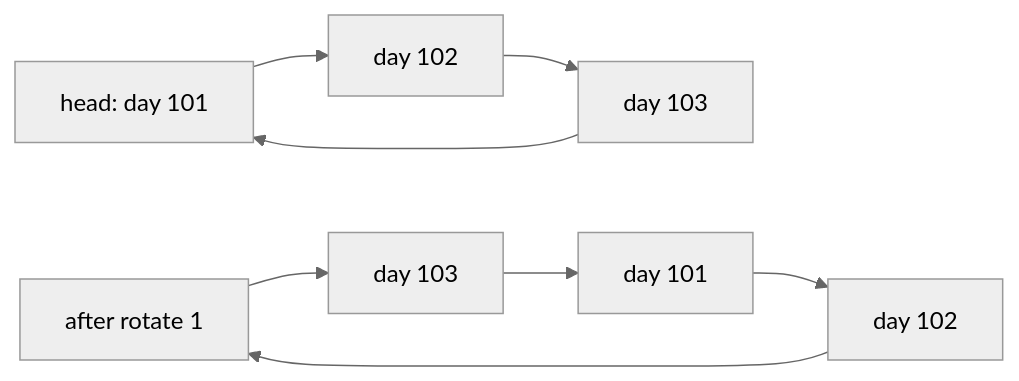
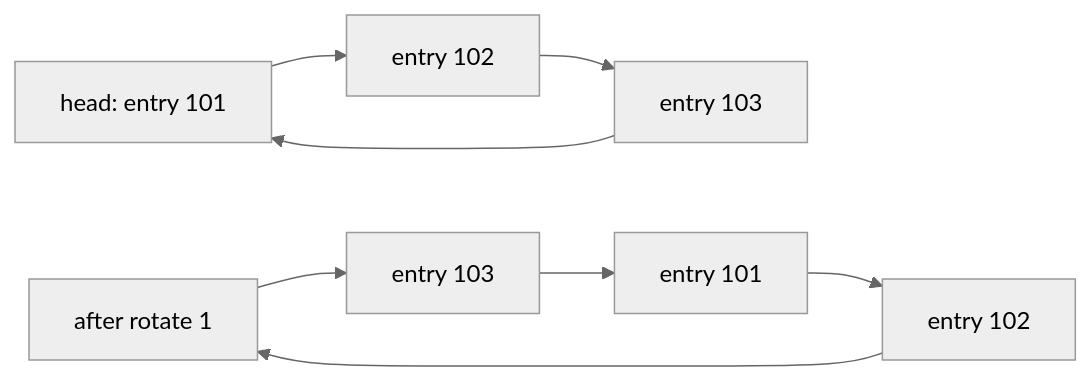
Before and after one commit to qgjones9/python-programming-guide: the seventh of 8 diagrams in docs/dsa/data-structures/circularly-linked-list/index.md, drawn with Mermaid (neutral theme). The commit also changed other lines of this file and 31 other files, not shown here.

````diff
--- a/docs/dsa/data-structures/circularly-linked-list/index.md
+++ b/docs/dsa/data-structures/circularly-linked-list/index.md
@@ -648,9 +648,9 @@
 ```mermaid
 flowchart LR
-  H1["head: day 101"] --> B1["day 102"] --> S1["day 103"]
+  H1["head: entry 101"] --> B1["entry 102"] --> S1["entry 103"]
   S1 --> H1
-  H2["after rotate 1"] --> S2["day 103"]
-  S2 --> H2b["day 101"]
-  H2b --> B2["day 102"]
+  H2["after rotate 1"] --> S2["entry 103"]
+  S2 --> H2b["entry 101"]
+  H2b --> B2["entry 102"]
   B2 --> H2
 ```
````
